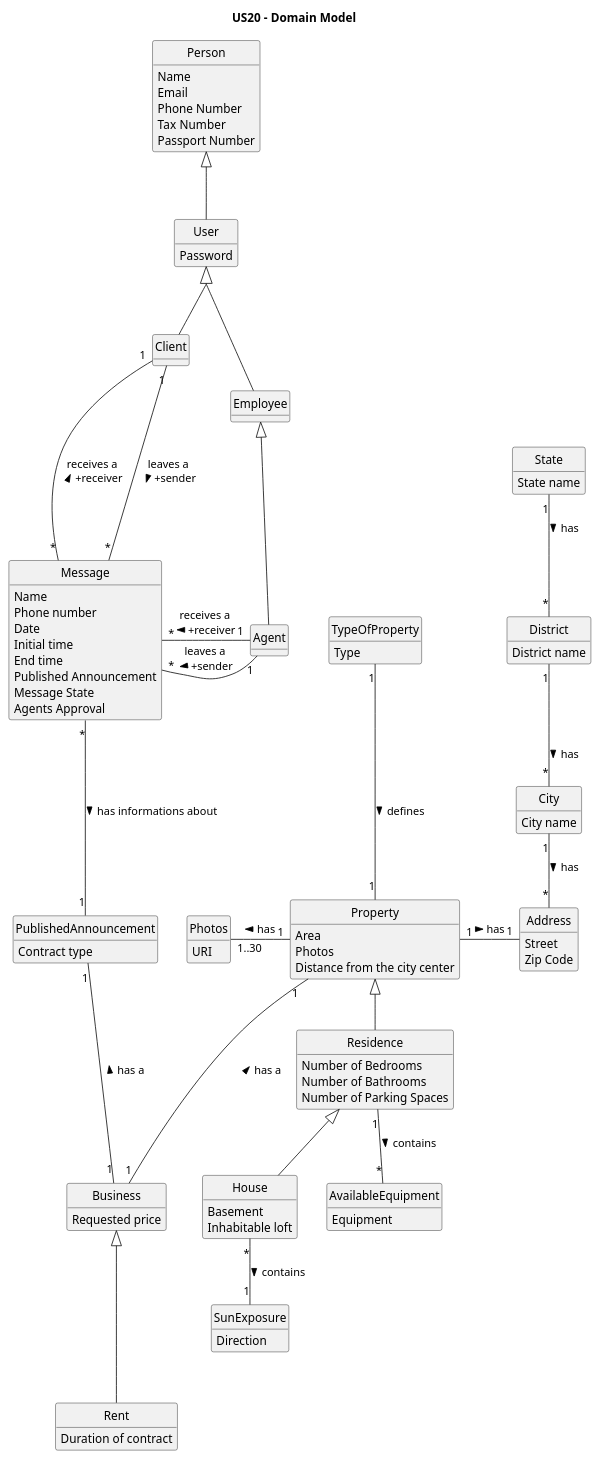
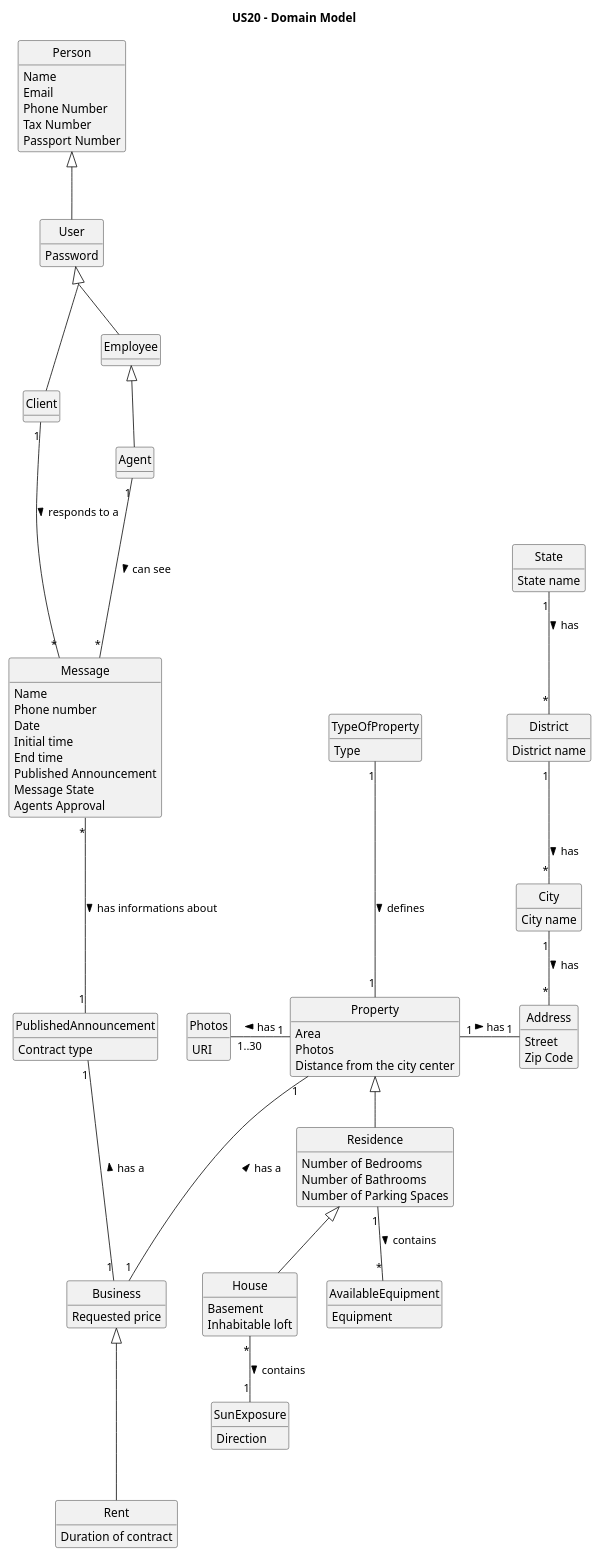
Before and after one commit to PureNimble/ISEP-LAPR2: the diagram in docs/sprintD/US020/02.analysis/puml/us20-domain-model.puml, drawn with PlantUML. The commit also changed 7 other files, not shown here.

```diff
--- a/docs/sprintD/US020/02.analysis/puml/us20-domain-model.puml
+++ b/docs/sprintD/US020/02.analysis/puml/us20-domain-model.puml
@@ -1,135 +1,133 @@
 @startuml
 
 title US20 - Domain Model
 
 skinparam groupInheritance 2
 skinparam monochrome true
 skinparam packageStyle rectangle
 skinparam shadowing false
 skinparam classAttributeIconSize 0
 hide circle
 hide methods
 
 class User {
     Password
 }
 
 class Person {
     Name
     Email
     Phone Number
     Tax Number
     Passport Number
 }
 
 class Address {
     Street
     Zip Code
 }
 
 class City {
     City name
 }
 
 class District {
     District name
 }
 
 class State {
     State name
 }
 
 class Client {
 
 }
 
 
 class Residence {
     Number of Bedrooms
     Number of Bathrooms
     Number of Parking Spaces
 }
 
 class Property {
     Area
     Photos
     Distance from the city center
 }
 
 class TypeOfProperty{
     Type
 }
 
 class Photos {
     URI
 }
 
 class House {
     Basement
     Inhabitable loft
 }
 
 class SunExposure {
     Direction
 }
 
 class AvailableEquipment {
     Equipment
 }
 
 class Rent {
     Duration of contract
 }
 
 class Business {
     Requested price
 }
 
 class PublishedAnnouncement {
     Contract type
 }
 
 class Message{
     Name
     Phone number
     Date
     Initial time
     End time
     Published Announcement
     Message State
     Agents Approval
 }
 
 class Agent {
 
 }
 
 class Employee {
 
 }
 
 Message "*" --- "1" PublishedAnnouncement: has informations about >
-Client "1" -down-- "*" Message: leaves a \n +sender >
-Agent "1" -left-- "*" Message: receives a \n +receiver <
-Agent "1" -down-- "*" Message: leaves a \n +sender >
-Client "1" -down-- "*" Message: receives a \n +receiver <
+Client "1" -down-- "*" Message: responds to a >
+Agent "1" -down-- "*" Message: can see >
 District "1" -down- "*" City : has >
 State "1" -down- "*" District : has >
 City "1" -down- "*" Address : has >
 Property "1" --- "1" Business: has a <
 PublishedAnnouncement "1" --- "1" Business: has a <
 Residence <|-down- House
 Property <|-down- Residence
 Property "1" -left-- "1..30" Photos: has >
 SunExposure "1" -up- "*" House: contains <
 Address "1" -left- "1" Property: has <
 AvailableEquipment "*" -up- "1" Residence: contains <
 TypeOfProperty "1" -down-- "1" Property: defines >
 
 Business <|--- Rent
 Person <|-- User
 User <|-- Client
 User <|-- Employee
 Employee <|-- Agent
 
 @enduml
```
